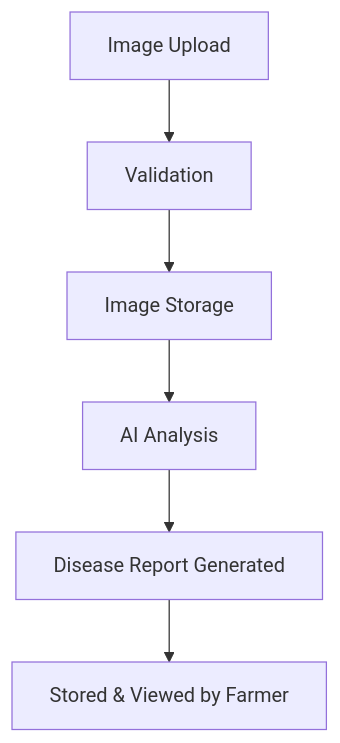
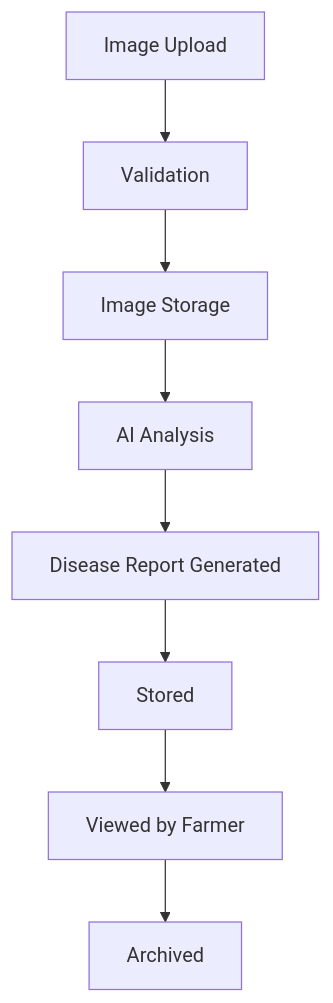
The fourth of 7 diagrams in docs/03-Database-Design.md (RaiyanJiyon/agri-smart-api), drawn with Mermaid before and after one commit. The commit also changed other lines of this file and 1 other file, not shown here.

````diff
--- a/docs/03-Database-Design.md
+++ b/docs/03-Database-Design.md
@@ -218,8 +276,10 @@
 ```mermaid
 flowchart TD
     A[Image Upload] --> B[Validation]
     B --> C[Image Storage]
     C --> D[AI Analysis]
     D --> E[Disease Report Generated]
-    E --> F[Stored & Viewed by Farmer]
+    E --> F[Stored]
+    F --> G[Viewed by Farmer]
+    G --> H[Archived]
 ```
````
